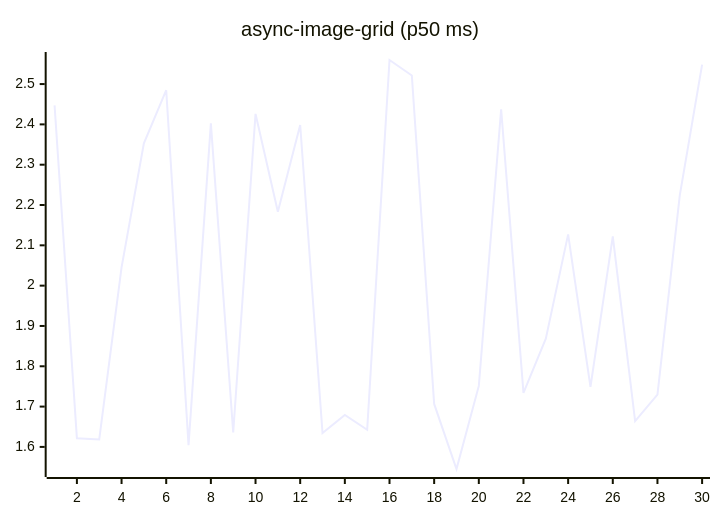
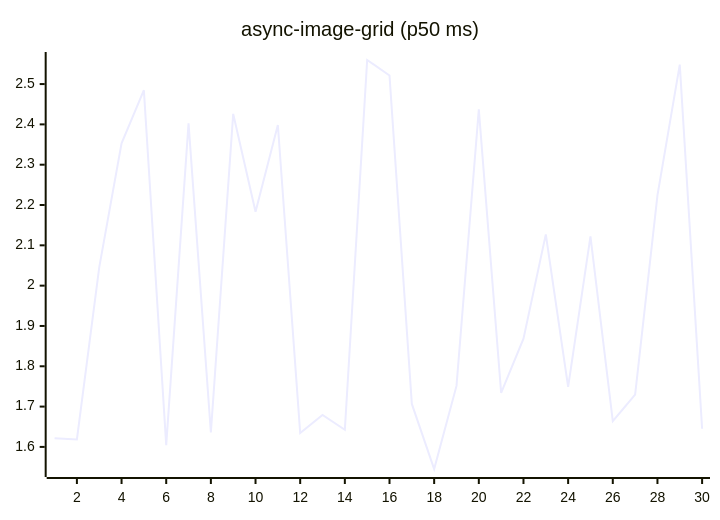
Before and after one commit to josha/Facet: the fifth of 27 diagrams in README.md, drawn with Mermaid. The commit also changed other lines of this file and 2 other files, not shown here.

````diff
--- a/README.md
+++ b/README.md
@@ -91,6 +91,6 @@
 ```mermaid
 xychart-beta
     title "async-image-grid (p50 ms)"
     x-axis 1 --> 30
-    line [2.4470, 1.6216, 1.6184, 2.0452, 2.3531, 2.4847, 1.6045, 2.4025, 1.6357, 2.4260, 2.1835, 2.3985, 1.6346, 1.6792, 1.6424, 2.5597, 2.5214, 1.7066, 1.5452, 1.7512, 2.4372, 1.7341, 1.8684, 2.1272, 1.7487, 2.1221, 1.6642, 1.7295, 2.2238, 2.5483]
+    line [1.6216, 1.6184, 2.0452, 2.3531, 2.4847, 1.6045, 2.4025, 1.6357, 2.4260, 2.1835, 2.3985, 1.6346, 1.6792, 1.6424, 2.5597, 2.5214, 1.7066, 1.5452, 1.7512, 2.4372, 1.7341, 1.8684, 2.1272, 1.7487, 2.1221, 1.6642, 1.7295, 2.2238, 2.5483, 1.6449]
 ```
````
